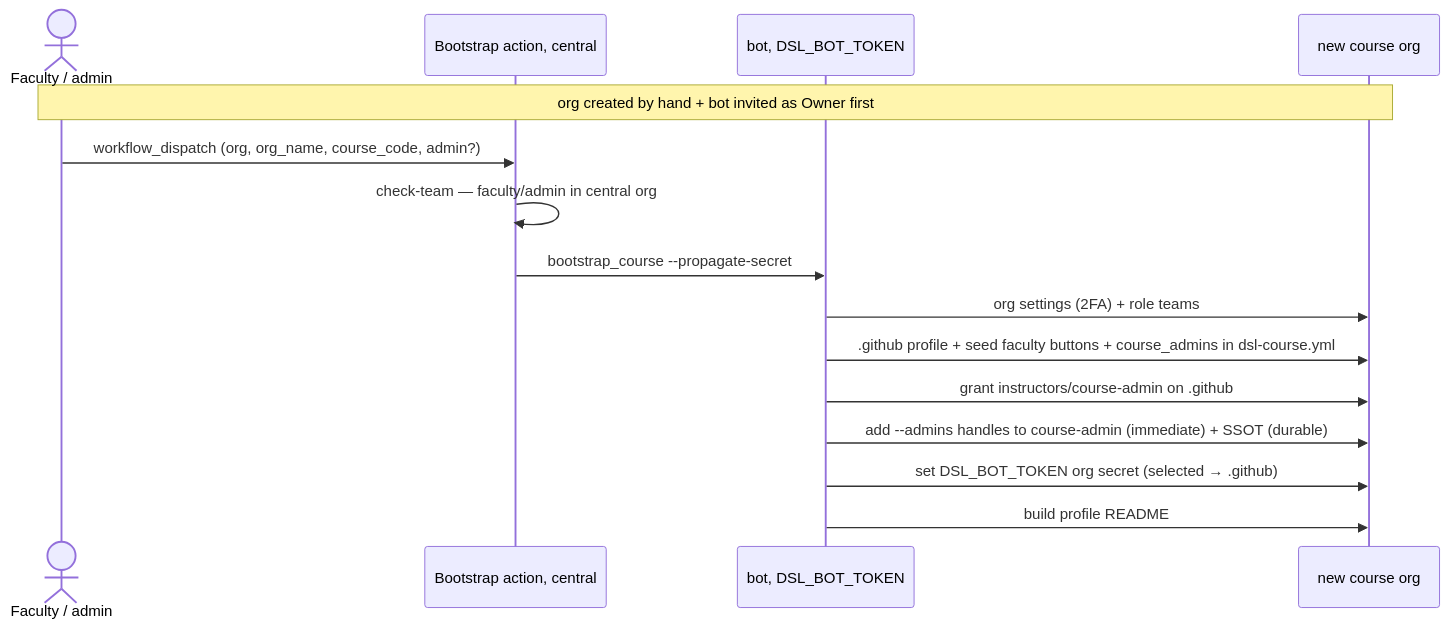
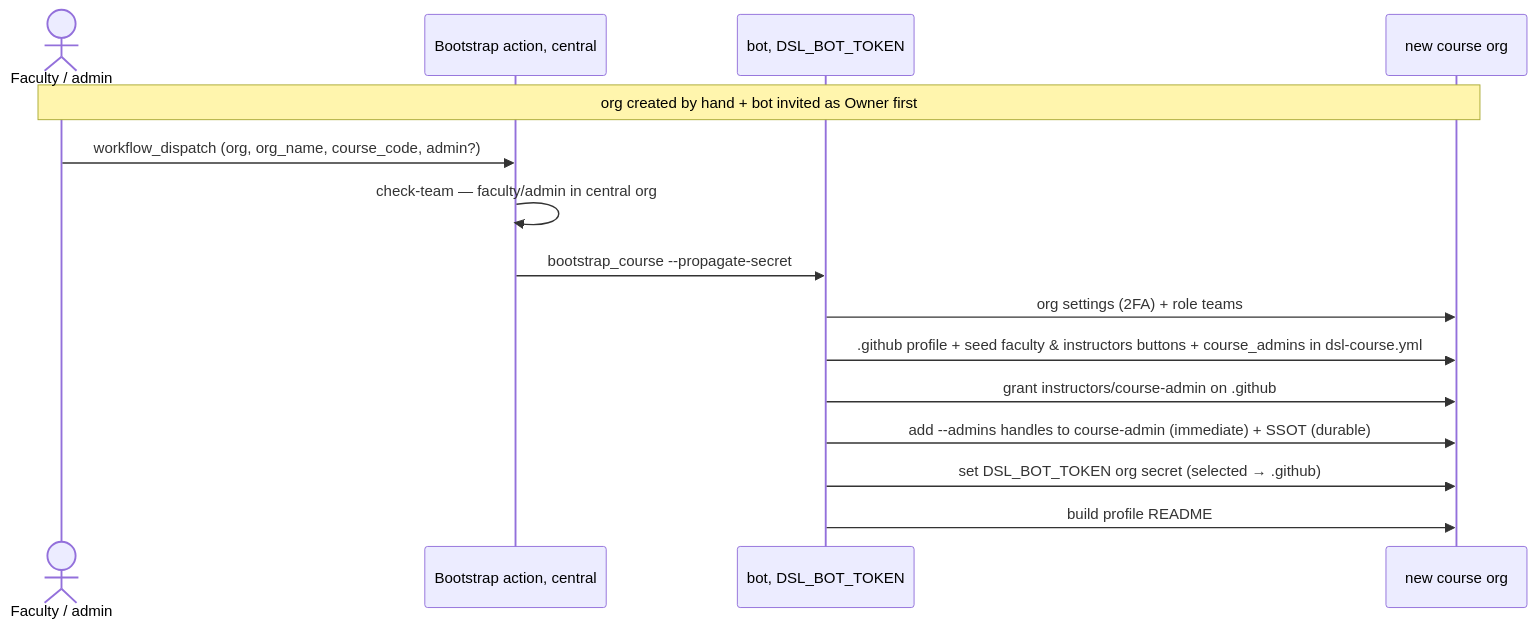
Before and after one commit to hertie-data-science-lab/dsl-teaching-course-setup: the fourth of 10 diagrams in docs/admin/architecture.md, drawn with Mermaid. The commit also changed other lines of this file and 37 other files, not shown here.

First line of the commit message:
feat(scaffold): enrich materials README/MAINTAINING, 1-base sessions, faculty & instructors term (#85)

````diff
--- a/docs/admin/architecture.md
+++ b/docs/admin/architecture.md
@@ -124,17 +124,17 @@
 ```mermaid
 sequenceDiagram
   actor F as Faculty / admin
   participant A as Bootstrap action, central
   participant Bot as bot, DSL_BOT_TOKEN
   participant Org as new course org
   Note over F,Org: org created by hand + bot invited as Owner first
   F->>A: workflow_dispatch (org, org_name, course_code, admin?)
   A->>A: check-team — faculty/admin in central org
   A->>Bot: bootstrap_course --propagate-secret
   Bot->>Org: org settings (2FA) + role teams
-  Bot->>Org: .github profile + seed faculty buttons + course_admins in dsl-course.yml
+  Bot->>Org: .github profile + seed faculty & instructors buttons + course_admins in dsl-course.yml
   Bot->>Org: grant instructors/course-admin on .github
   Bot->>Org: add --admins handles to course-admin (immediate) + SSOT (durable)
   Bot->>Org: set DSL_BOT_TOKEN org secret (selected → .github)
   Bot->>Org: build profile README
 ```
````
